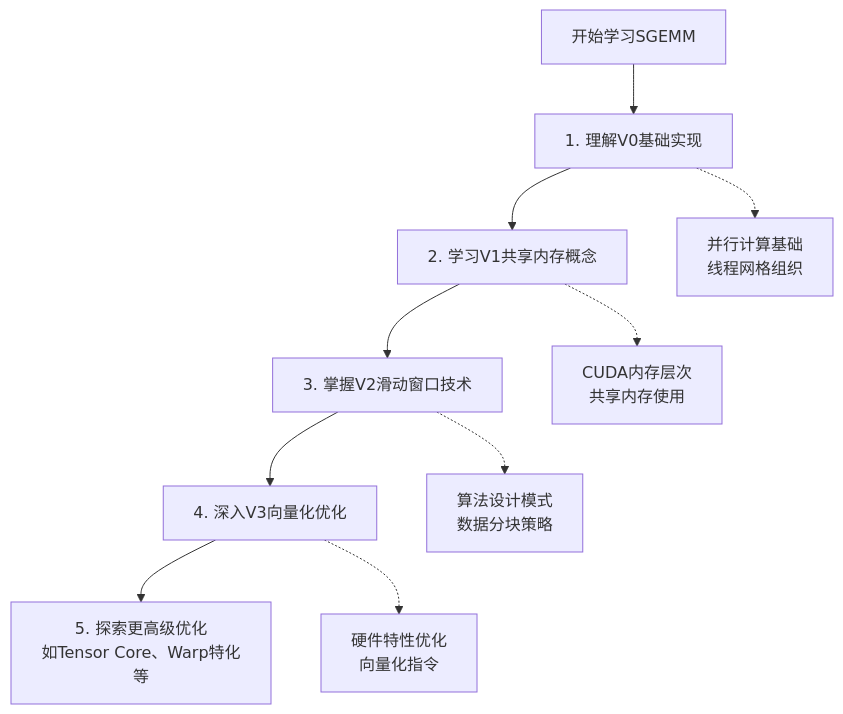
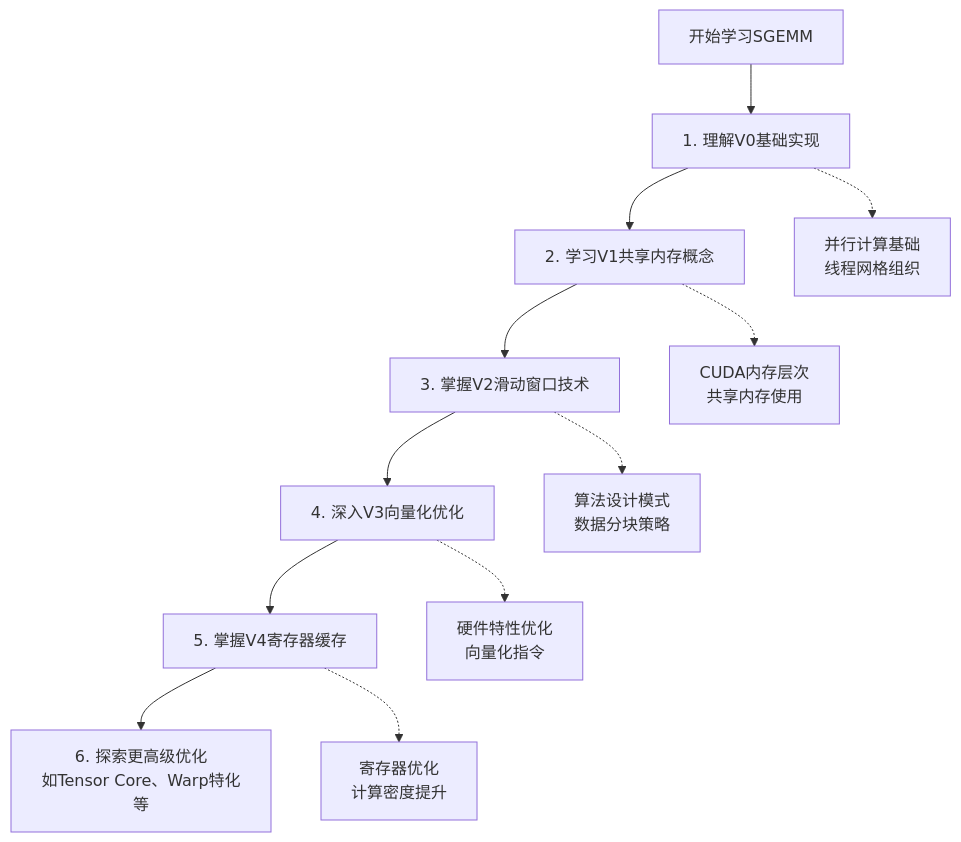
The second of 2 diagrams in 2_sgemm/README.md (maxiaosong1124/cuda_pratise), drawn with Mermaid before and after one commit. The commit also changed other lines of this file and 3 other files, not shown here.

````diff
--- a/2_sgemm/README.md
+++ b/2_sgemm/README.md
@@ -67,13 +76,15 @@
 ```mermaid
 graph TD
     START[开始学习SGEMM] --> STEP1[1. 理解V0基础实现]
     STEP1 --> STEP2[2. 学习V1共享内存概念]
     STEP2 --> STEP3[3. 掌握V2滑动窗口技术]
     STEP3 --> STEP4[4. 深入V3向量化优化]
-    STEP4 --> ADVANCED[5. 探索更高级优化<br/>如Tensor Core、Warp特化等]
+    STEP4 --> STEP5[5. 掌握V4寄存器缓存]
+    STEP5 --> ADVANCED[6. 探索更高级优化<br/>如Tensor Core、Warp特化等]
     
     STEP1 -.-> CONCEPT1[并行计算基础<br/>线程网格组织]
     STEP2 -.-> CONCEPT2[CUDA内存层次<br/>共享内存使用]
     STEP3 -.-> CONCEPT3[算法设计模式<br/>数据分块策略]
     STEP4 -.-> CONCEPT4[硬件特性优化<br/>向量化指令]
+    STEP5 -.-> CONCEPT5[寄存器优化<br/>计算密度提升]
 ```
````
